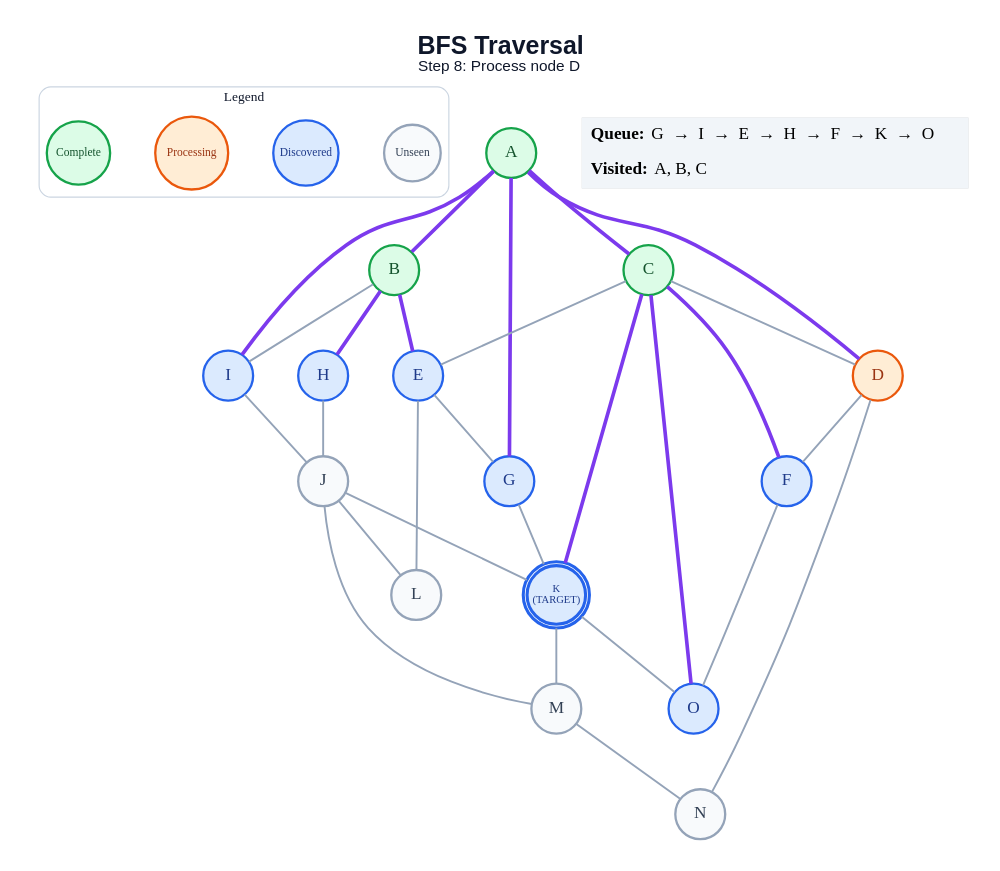
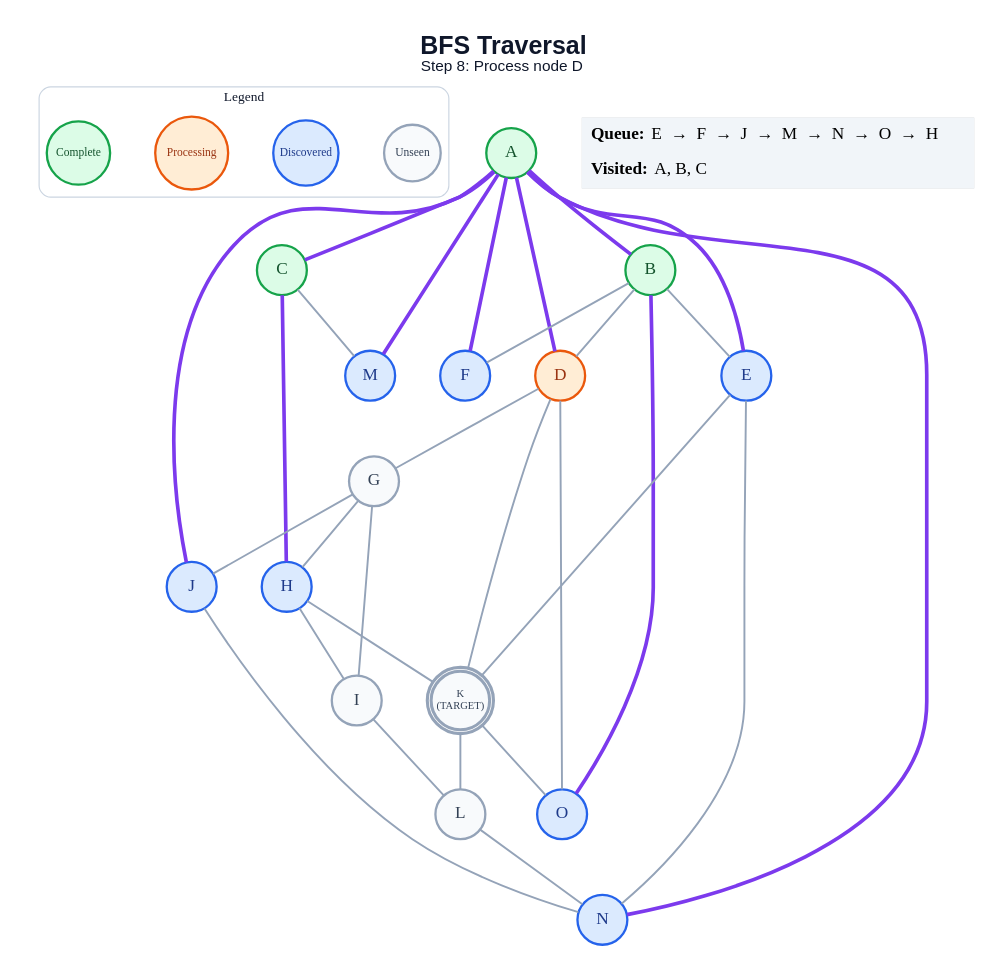
The diagram in generated/bfs/step_08.dot (anon7238593-create/ai-slop), drawn with Graphviz before and after one commit. The commit also changed 221 other files, not shown here.

```diff
--- a/generated/bfs/step_08.dot
+++ b/generated/bfs/step_08.dot
@@ -1,61 +1,63 @@
 graph traversal {
   graph [layout=dot, rankdir=TB, bgcolor="#FFFFFF", pad="0.35", nodesep="0.65", ranksep="0.8", fontname="Arial"];
   node [shape=circle, style="filled", fontname="Arial Bold", fontsize=18, width=0.72, fixedsize=true, penwidth=2.4];
   edge [color="#94A3B8", penwidth=2.0];
   label=<<B>BFS Traversal</B><BR/><FONT POINT-SIZE="16">Step 8: Process node D</FONT>>; labelloc="t"; fontsize=26; fontname="Arial"; fontcolor="#0F172A";
   subgraph cluster_legend { label="Legend"; color="#CBD5E1"; penwidth=1.2; style="rounded"; fontsize=14; fontname="Arial Bold";
     key_unseen [label="Unseen", fillcolor="#F8FAFC", color="#94A3B8", fontcolor="#334155", fontsize=12, width=0.82];
     key_frontier [label="Discovered", fillcolor="#DBEAFE", color="#2563EB", fontcolor="#1E3A8A", fontsize=12, width=0.95];
     key_current [label="Processing", fillcolor="#FFEDD5", color="#EA580C", fontcolor="#9A3412", fontsize=12, width=1.05];
     key_done [label="Complete", fillcolor="#DCFCE7", color="#16A34A", fontcolor="#14532D", fontsize=12, width=0.92];
     { rank=same; key_unseen; key_frontier; key_current; key_done; }
   }
   A [label="A", fillcolor="#DCFCE7", color="#16A34A", fontcolor="#14532D", peripheries=1, penwidth=2.4];
   B [label="B", fillcolor="#DCFCE7", color="#16A34A", fontcolor="#14532D", peripheries=1, penwidth=2.4];
   C [label="C", fillcolor="#DCFCE7", color="#16A34A", fontcolor="#14532D", peripheries=1, penwidth=2.4];
   D [label="D", fillcolor="#FFEDD5", color="#EA580C", fontcolor="#9A3412", peripheries=1, penwidth=2.4];
   E [label="E", fillcolor="#DBEAFE", color="#2563EB", fontcolor="#1E3A8A", peripheries=1, penwidth=2.4];
   F [label="F", fillcolor="#DBEAFE", color="#2563EB", fontcolor="#1E3A8A", peripheries=1, penwidth=2.4];
-  G [label="G", fillcolor="#DBEAFE", color="#2563EB", fontcolor="#1E3A8A", peripheries=1, penwidth=2.4];
+  G [label="G", fillcolor="#F8FAFC", color="#94A3B8", fontcolor="#334155", peripheries=1, penwidth=2.4];
   H [label="H", fillcolor="#DBEAFE", color="#2563EB", fontcolor="#1E3A8A", peripheries=1, penwidth=2.4];
-  I [label="I", fillcolor="#DBEAFE", color="#2563EB", fontcolor="#1E3A8A", peripheries=1, penwidth=2.4];
-  J [label="J", fillcolor="#F8FAFC", color="#94A3B8", fontcolor="#334155", peripheries=1, penwidth=2.4];
-  K [label="K\n(TARGET)", fillcolor="#DBEAFE", color="#2563EB", fontcolor="#1E3A8A", peripheries=2, penwidth=3.2, fontsize=11, width=0.85, height=0.85];
+  I [label="I", fillcolor="#F8FAFC", color="#94A3B8", fontcolor="#334155", peripheries=1, penwidth=2.4];
+  J [label="J", fillcolor="#DBEAFE", color="#2563EB", fontcolor="#1E3A8A", peripheries=1, penwidth=2.4];
+  K [label="K\n(TARGET)", fillcolor="#F8FAFC", color="#94A3B8", fontcolor="#334155", peripheries=2, penwidth=3.2, fontsize=11, width=0.85, height=0.85];
   L [label="L", fillcolor="#F8FAFC", color="#94A3B8", fontcolor="#334155", peripheries=1, penwidth=2.4];
-  M [label="M", fillcolor="#F8FAFC", color="#94A3B8", fontcolor="#334155", peripheries=1, penwidth=2.4];
-  N [label="N", fillcolor="#F8FAFC", color="#94A3B8", fontcolor="#334155", peripheries=1, penwidth=2.4];
+  M [label="M", fillcolor="#DBEAFE", color="#2563EB", fontcolor="#1E3A8A", peripheries=1, penwidth=2.4];
+  N [label="N", fillcolor="#DBEAFE", color="#2563EB", fontcolor="#1E3A8A", peripheries=1, penwidth=2.4];
   O [label="O", fillcolor="#DBEAFE", color="#2563EB", fontcolor="#1E3A8A", peripheries=1, penwidth=2.4];
   A -- B [color="#7C3AED", penwidth=3.8];
   A -- C [color="#7C3AED", penwidth=3.8];
   A -- D [color="#7C3AED", penwidth=3.8];
-  A -- G [color="#7C3AED", penwidth=3.8];
-  A -- I [color="#7C3AED", penwidth=3.8];
-  B -- E [color="#7C3AED", penwidth=3.8];
-  B -- H [color="#7C3AED", penwidth=3.8];
-  B -- I;
-  C -- D;
-  C -- E;
-  C -- F [color="#7C3AED", penwidth=3.8];
-  C -- K [color="#7C3AED", penwidth=3.8];
-  C -- O [color="#7C3AED", penwidth=3.8];
-  D -- F;
-  D -- N;
-  E -- G;
-  E -- L;
-  F -- O;
-  G -- K;
-  H -- J;
-  I -- J;
-  J -- K;
-  J -- L;
-  J -- M;
-  K -- M;
+  A -- E [color="#7C3AED", penwidth=3.8];
+  A -- F [color="#7C3AED", penwidth=3.8];
+  A -- J [color="#7C3AED", penwidth=3.8];
+  A -- M [color="#7C3AED", penwidth=3.8];
+  A -- N [color="#7C3AED", penwidth=3.8];
+  B -- D;
+  B -- E;
+  B -- F;
+  B -- O [color="#7C3AED", penwidth=3.8];
+  C -- H [color="#7C3AED", penwidth=3.8];
+  C -- M;
+  D -- G;
+  D -- K;
+  D -- O;
+  E -- K;
+  E -- N;
+  G -- H;
+  G -- I;
+  G -- J;
+  H -- I;
+  H -- K;
+  I -- L;
+  J -- N;
+  K -- L;
   K -- O;
-  M -- N;
+  L -- N;
   status [shape=plain, fixedsize=false, width=0, height=0, margin=0, label=<
     <TABLE BORDER="0" CELLBORDER="0" CELLPADDING="7" BGCOLOR="#F1F5F9">
-      <TR><TD ALIGN="LEFT"><B>Queue:</B> G  →  I  →  E  →  H  →  F  →  K  →  O</TD></TR>
+      <TR><TD ALIGN="LEFT"><B>Queue:</B> E  →  F  →  J  →  M  →  N  →  O  →  H</TD></TR>
       <TR><TD ALIGN="LEFT"><B>Visited:</B> A, B, C</TD></TR>
     </TABLE>
   >];
 }
```
